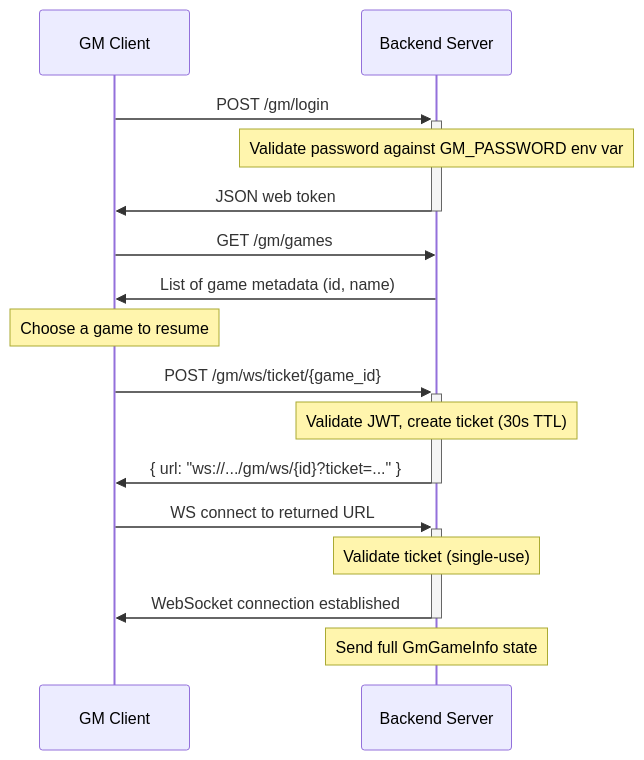
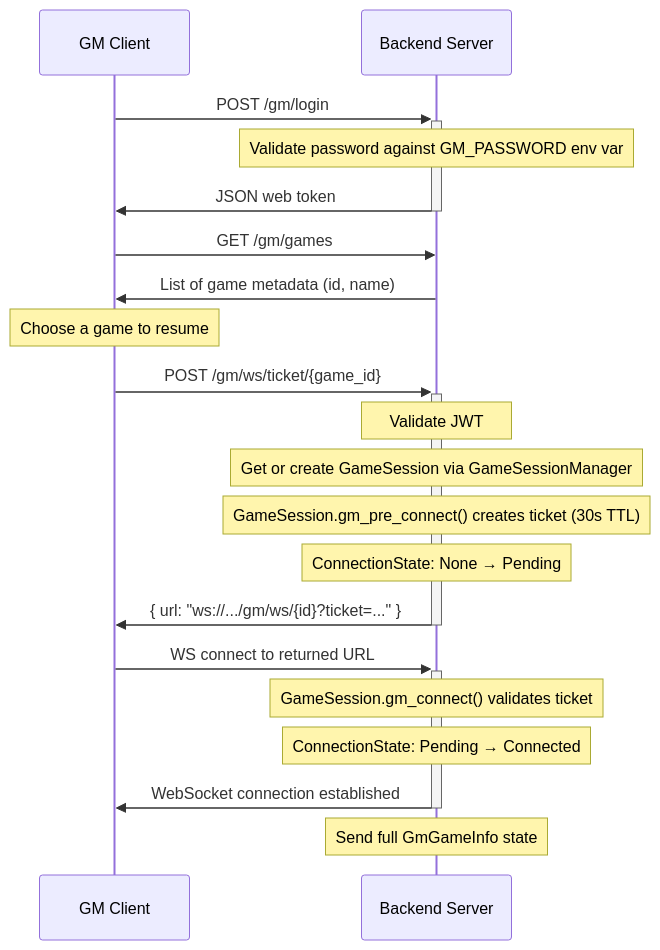
One commit to jakob-rzeppa/turnkeeper changed the second of 4 diagrams in docs/ARCHITECTURE.md. Above: the diagram before and after it, drawn with Mermaid. The commit also changed other lines of this file and 2 other files, not shown here.

````diff
--- a/docs/ARCHITECTURE.md
+++ b/docs/ARCHITECTURE.md
@@ -37,22 +37,26 @@
 ```mermaid
 sequenceDiagram
     participant GM as GM Client
     participant Backend as Backend Server
 
     GM->>+Backend: POST /gm/login
     note over Backend: Validate password against GM_PASSWORD env var
     Backend->>-GM: JSON web token
 
     GM->>Backend: GET /gm/games
     Backend->>GM: List of game metadata (id, name)
     note over GM: Choose a game to resume
 
     GM->>+Backend: POST /gm/ws/ticket/{game_id}
-    note over Backend: Validate JWT, create ticket (30s TTL)
+    note over Backend: Validate JWT
+    note over Backend: Get or create GameSession via GameSessionManager
+    note over Backend: GameSession.gm_pre_connect() creates ticket (30s TTL)
+    note over Backend: ConnectionState: None → Pending
     Backend->>-GM: { url: "ws://.../gm/ws/{id}?ticket=..." }
 
     GM->>+Backend: WS connect to returned URL
-    note over Backend: Validate ticket (single-use)
+    note over Backend: GameSession.gm_connect() validates ticket
+    note over Backend: ConnectionState: Pending → Connected
     Backend->>-GM: WebSocket connection established
     note over Backend: Send full GmGameInfo state
 ```
````
